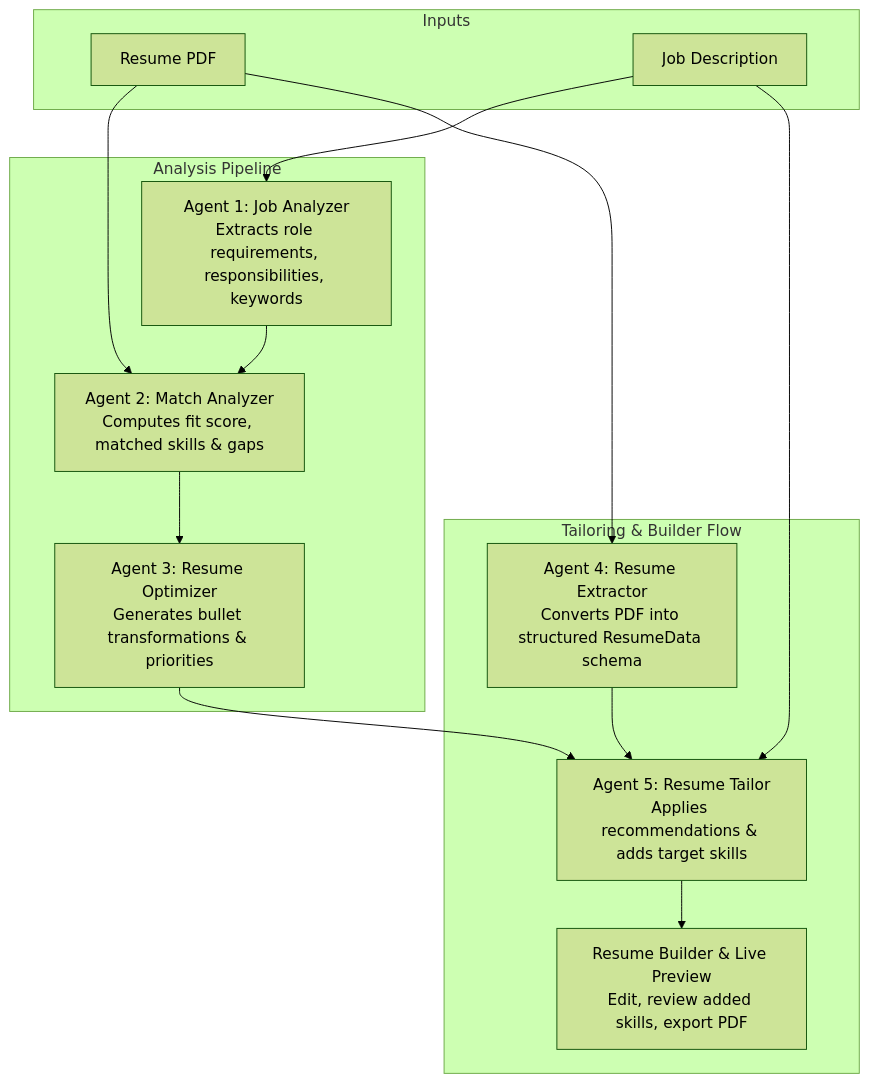
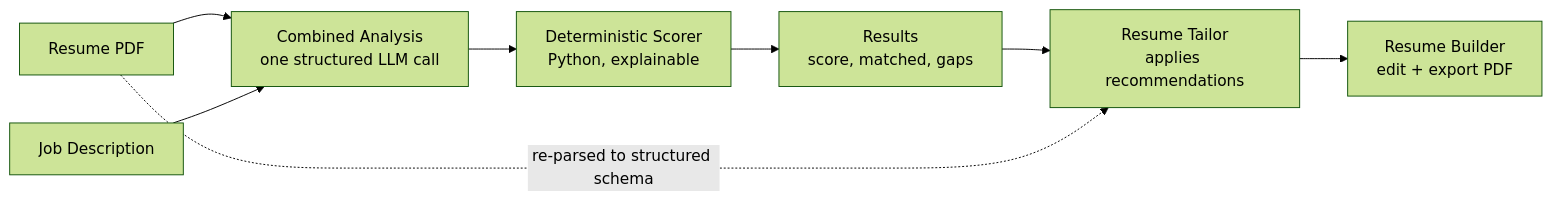
Before and after one commit to sanath-2512/Worthyapply: the diagram in README.md, drawn with Mermaid (forest theme). The commit also changed other lines of this file, not shown here.

First line of the commit message:
Rewrite README to match actual architecture

````diff
--- a/README.md
+++ b/README.md
@@ -77,29 +58,10 @@
 ```mermaid
-flowchart TD
-    subgraph Inputs
-        PDF[Resume PDF]
-        JD[Job Description]
-    end
-
-    subgraph Analysis Pipeline
-        Agent1[Agent 1: Job Analyzer\nExtracts role requirements, responsibilities, keywords]
-        Agent2[Agent 2: Match Analyzer\nComputes fit score, matched skills & gaps]
-        Agent3[Agent 3: Resume Optimizer\nGenerates bullet transformations & priorities]
-    end
-
-    subgraph Tailoring & Builder Flow
-        Agent4[Agent 4: Resume Extractor\nConverts PDF into structured ResumeData schema]
-        Agent5[Agent 5: Resume Tailor\nApplies recommendations & adds target skills]
-        Editor[Resume Builder & Live Preview\nEdit, review added skills, export PDF]
-    end
-
-    JD --> Agent1
-    Agent1 --> Agent2
-    PDF --> Agent2
-    Agent2 --> Agent3
-    PDF --> Agent4
-    Agent4 --> Agent5
-    Agent3 --> Agent5
-    JD --> Agent5
-    Agent5 --> Editor
+flowchart LR
+    A[Resume PDF] --> C
+    B[Job Description] --> C
+    C[Combined Analysis<br/>one structured LLM call] --> D[Deterministic Scorer<br/>Python, explainable]
+    D --> E[Results<br/>score, matched, gaps]
+    E --> F[Resume Tailor<br/>applies recommendations]
+    F --> G[Resume Builder<br/>edit + export PDF]
+    A -.re-parsed to structured schema.-> F
 ```
````
